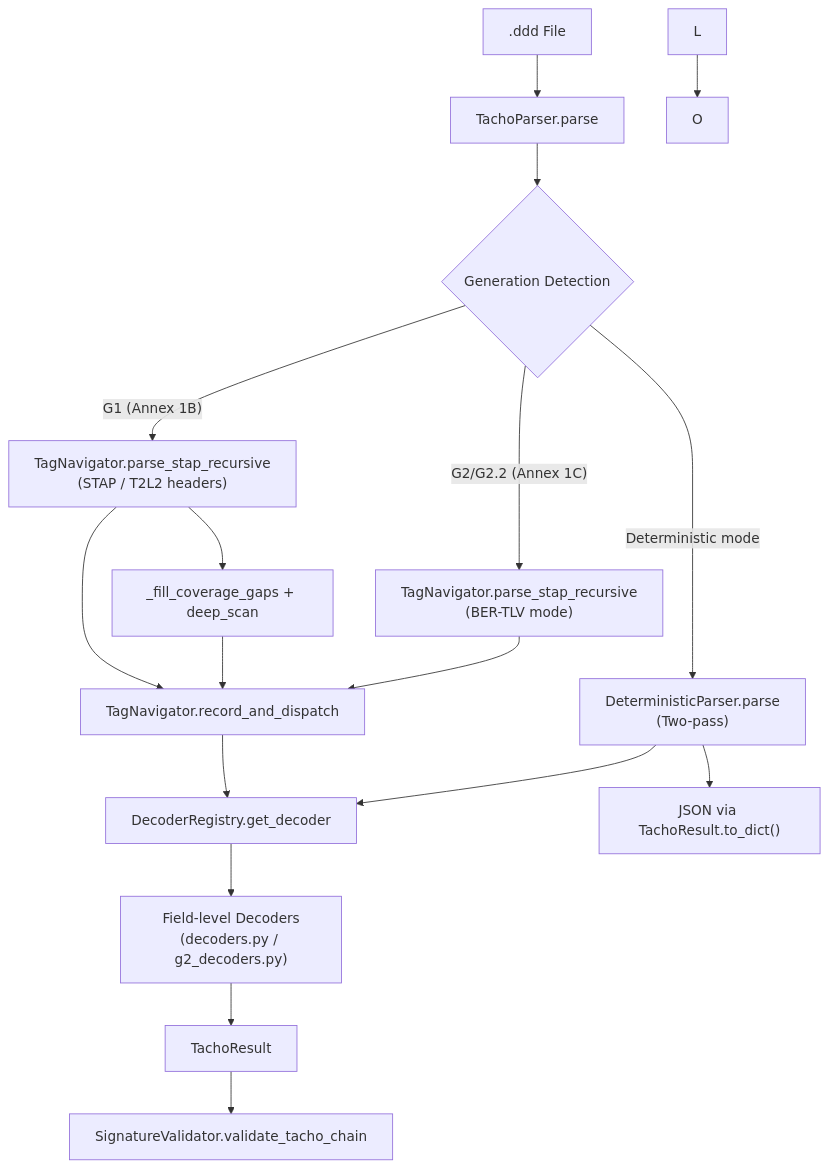
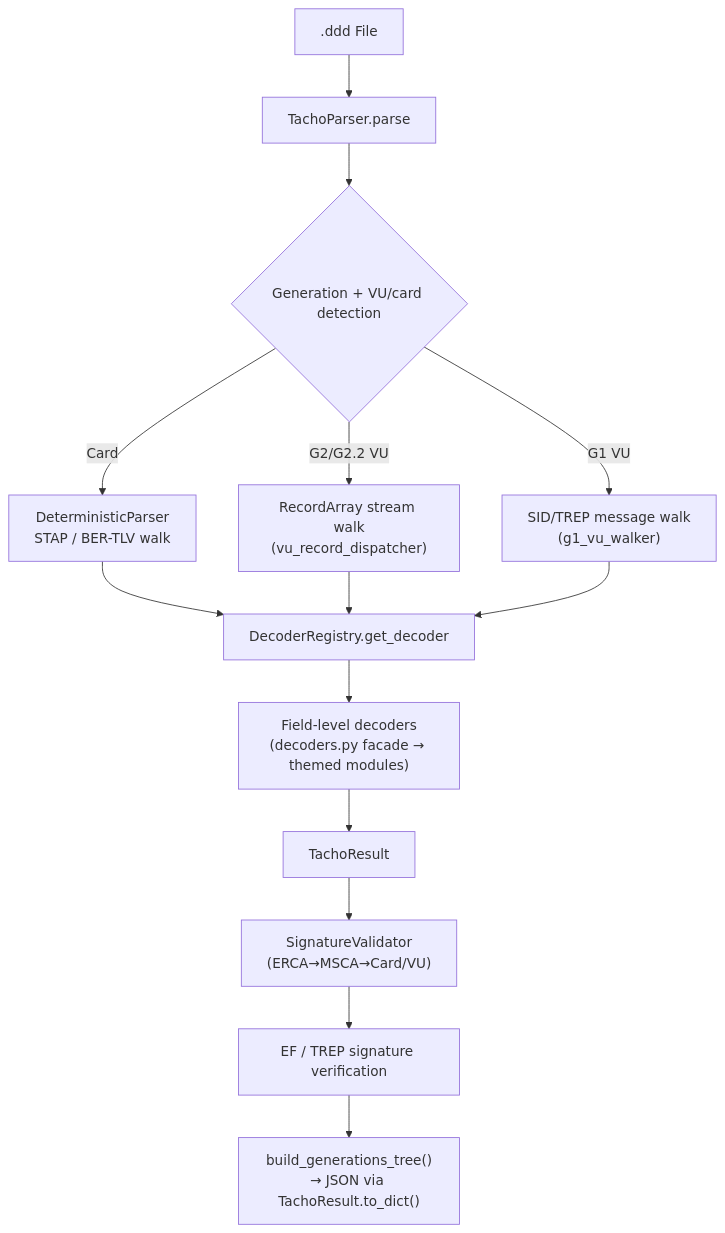
The first of 2 diagrams in docs/developer/architecture.md (Syax89/DDDTachograph_Reader), drawn with Mermaid before and after one commit. The commit also changed other lines of this file and 13 other files, not shown here.

First line of the commit message:
docs: drop references to the removed TagNavigator/legacy parser

````diff
--- a/docs/developer/architecture.md
+++ b/docs/developer/architecture.md
@@ -25,19 +25,16 @@
 ```mermaid
 flowchart TD
     A[".ddd File"] --> B[TachoParser.parse]
-    B --> C{Generation Detection}
-    C -->|"G1 (Annex 1B)"| D["TagNavigator.parse_stap_recursive\n(STAP / T2L2 headers)"]
-    C -->|"G2/G2.2 (Annex 1C)"| E["TagNavigator.parse_stap_recursive\n(BER-TLV mode)"]
-    C -->|"Deterministic mode"| F["DeterministicParser.parse\n(Two-pass)"]
-    D --> G["TagNavigator.record_and_dispatch"]
+    B --> C{Generation + VU/card detection}
+    C -->|"Card"| D["DeterministicParser\nSTAP / BER-TLV walk"]
+    C -->|"G2/G2.2 VU"| E["RecordArray stream walk\n(vu_record_dispatcher)"]
+    C -->|"G1 VU"| F["SID/TREP message walk\n(g1_vu_walker)"]
+    D --> G["DecoderRegistry.get_decoder"]
     E --> G
-    F --> H["DecoderRegistry.get_decoder"]
-    G --> H
-    H --> I["Field-level Decoders\n(decoders.py / g2_decoders.py)"]
-    I --> J[TachoResult]
-    J --> K[SignatureValidator.validate_tacho_chain]
-    D --> N["_fill_coverage_gaps + deep_scan"]
-    N --> G
-    F --> output["JSON via TachoResult.to_dict()"]
-    L --> O
+    F --> G
+    G --> H["Field-level decoders\n(decoders.py facade → themed modules)"]
+    H --> I[TachoResult]
+    I --> J["SignatureValidator\n(ERCA→MSCA→Card/VU)"]
+    J --> K["EF / TREP signature verification"]
+    K --> L["build_generations_tree()\n→ JSON via TachoResult.to_dict()"]
 ```
````
